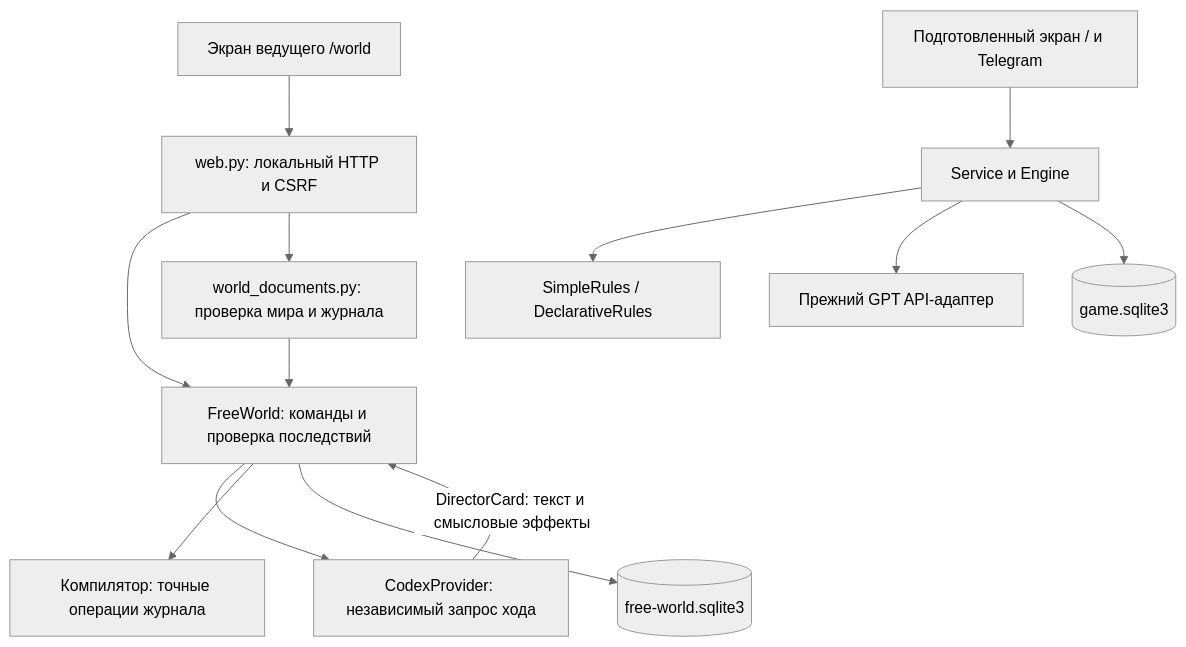
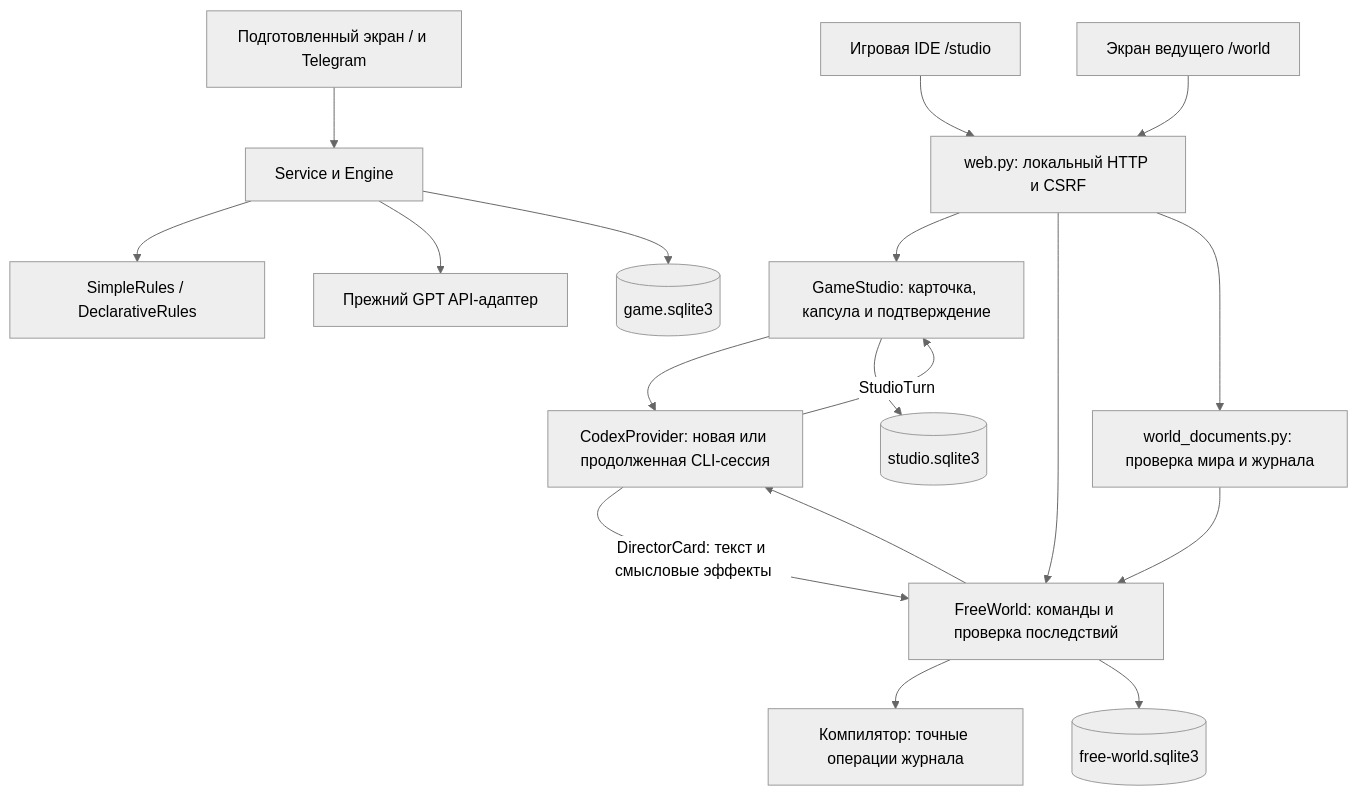
One commit to Maxveger/DnD_helper changed the diagram in docs/ARCHITECTURE.md. Above: the diagram before and after it, drawn with Mermaid (neutral theme). The commit also changed other lines of this file and 23 other files, not shown here.

Commit message:
feat: add live-model game studio

````diff
--- a/docs/ARCHITECTURE.md
+++ b/docs/ARCHITECTURE.md
@@ -19,15 +19,20 @@
 ```mermaid
 flowchart TD
+    I[Игровая IDE /studio] --> H[web.py: локальный HTTP и CSRF]
     W[Экран ведущего /world] --> H[web.py: локальный HTTP и CSRF]
+    H --> G[GameStudio: карточка, капсула и подтверждение]
     H --> F[FreeWorld: команды и проверка последствий]
-    F --> C[CodexProvider: независимый запрос хода]
+    G --> C[CodexProvider: новая или продолженная CLI-сессия]
+    F --> C
+    C -->|StudioTurn| G
     C -->|DirectorCard: текст и смысловые эффекты| F
+    G --> E[(studio.sqlite3)]
     F --> K[Компилятор: точные операции журнала]
     F --> D[(free-world.sqlite3)]
     H --> A[world_documents.py: проверка мира и журнала]
     A --> F
     O[Подготовленный экран / и Telegram] --> S[Service и Engine]
     S --> R[SimpleRules / DeclarativeRules]
     S --> P[Прежний GPT API-адаптер]
     S --> L[(game.sqlite3)]
 ```
````
